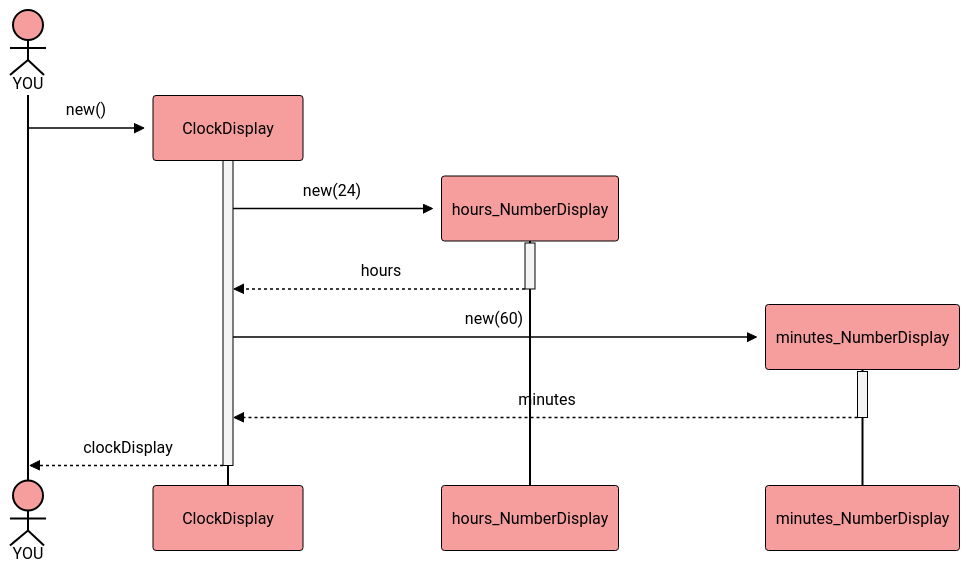
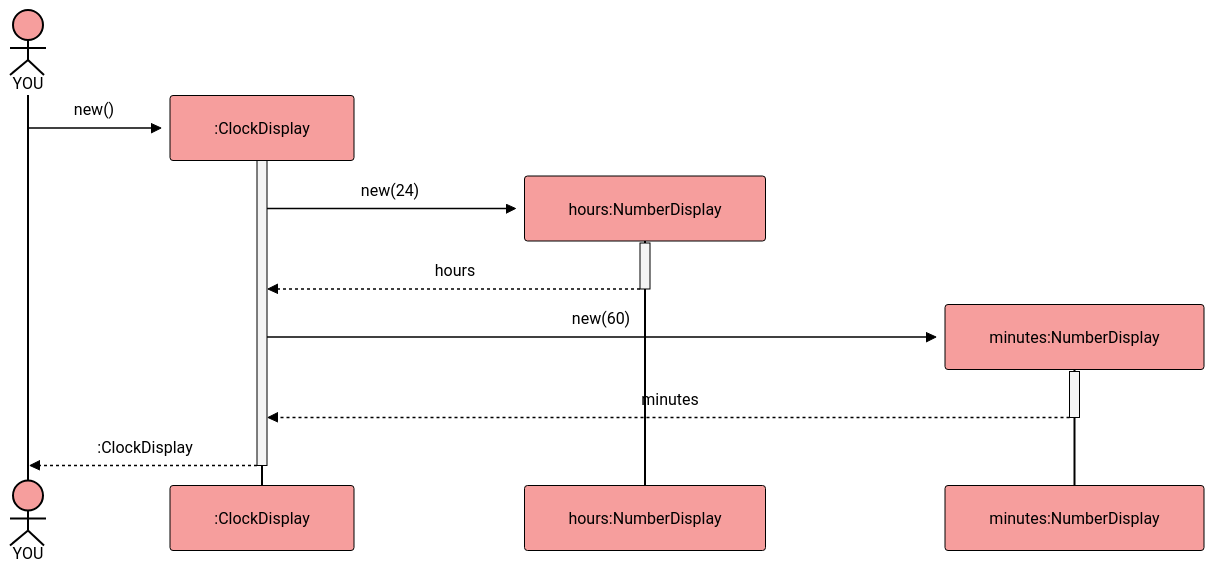
Before and after one commit to bkleinen/bkleinen.github.io: the second of 5 diagrams in hugo/content/material/info1/clock_display_refactoring/original_clock_display.md, drawn with Mermaid. The commit also changed other lines of this file, not shown here.

Commit message:
add colons to sequence diagrams

````diff
--- a/hugo/content/material/info1/clock_display_refactoring/original_clock_display.md
+++ b/hugo/content/material/info1/clock_display_refactoring/original_clock_display.md
@@ -61,29 +61,29 @@
 ```mermaid
 %%{
   init: {
     'theme': 'base',
     'themeVariables': {
       'primaryColor': '#f69e9d', 
       'primaryTextColor': '#000',
       'primaryBorderColor': '#000',
       'lineColor': '#F8B229',
       'secondaryColor': '#f4f4f4',
       'activationBorderColor': '#000',
       'tertiaryColor': '#fff'
     }
   }
 }%%
 sequenceDiagram
     actor YOU
-    create Participant ClockDisplay
-    YOU->>+ClockDisplay: new()
-    create Participant hours_NumberDisplay
+    create Participant #colon;ClockDisplay
+    YOU->>+#colon;ClockDisplay: new()
+    create Participant hours#colon;NumberDisplay
   
-    ClockDisplay->>+hours_NumberDisplay:new(24)
-    hours_NumberDisplay-->>-ClockDisplay:hours
-    create Participant minutes_NumberDisplay
-    ClockDisplay->>+minutes_NumberDisplay:new(60)
-    minutes_NumberDisplay-->>-ClockDisplay:minutes
-    ClockDisplay-->>-YOU:clockDisplay
+    #colon;ClockDisplay->>+hours#colon;NumberDisplay:new(24)
+    hours#colon;NumberDisplay-->>-#colon;ClockDisplay:hours
+    create Participant minutes#colon;NumberDisplay
+    #colon;ClockDisplay->>+minutes#colon;NumberDisplay:new(60)
+    minutes#colon;NumberDisplay-->>-#colon;ClockDisplay:minutes
+    #colon;ClockDisplay-->>-YOU:#colon;ClockDisplay
 
 ```
````
